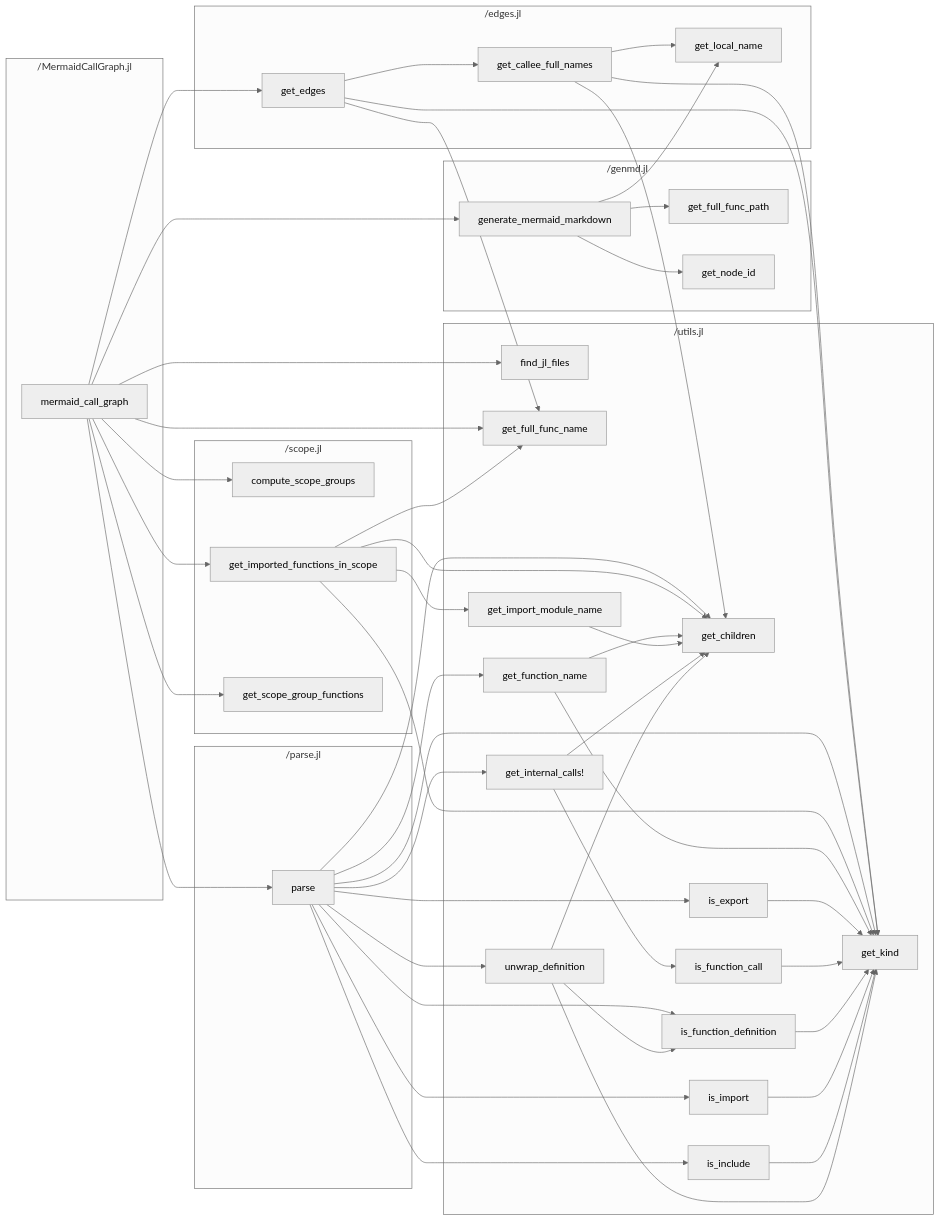
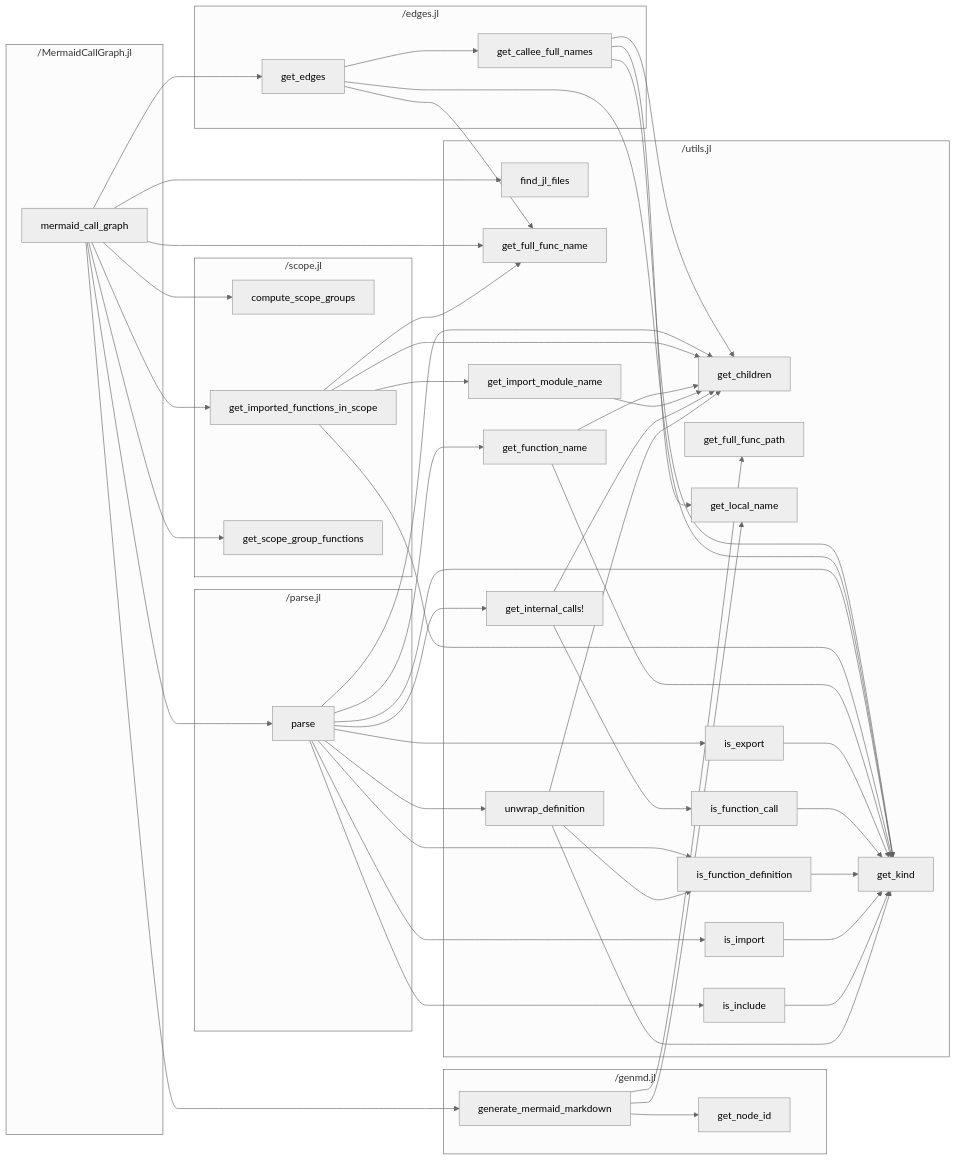
The diagram in README.md (t-garin/MermaidCallGraph.jl), drawn with Mermaid (neutral theme) before and after one commit. The commit also changed other lines of this file and 5 other files, not shown here.

````diff
--- a/README.md
+++ b/README.md
@@ -13,82 +13,82 @@
 ```mermaid
 flowchart LR
     subgraph "/MermaidCallGraph.jl"
         _MermaidCallGraph_jl_mermaid_call_graph["mermaid_call_graph"]
     end
     subgraph "/edges.jl"
         _edges_jl_get_callee_full_names["get_callee_full_names"]
         _edges_jl_get_edges["get_edges"]
-        _edges_jl_get_local_name["get_local_name"]
     end
     subgraph "/genmd.jl"
         _genmd_jl_generate_mermaid_markdown["generate_mermaid_markdown"]
-        _genmd_jl_get_full_func_path["get_full_func_path"]
         _genmd_jl_get_node_id["get_node_id"]
     end
     subgraph "/parse.jl"
         _parse_jl_parse["parse"]
     end
     subgraph "/scope.jl"
         _scope_jl_compute_scope_groups["compute_scope_groups"]
         _scope_jl_get_imported_functions_in_scope["get_imported_functions_in_scope"]
         _scope_jl_get_scope_group_functions["get_scope_group_functions"]
     end
     subgraph "/utils.jl"
         _utils_jl_find_jl_files["find_jl_files"]
         _utils_jl_get_children["get_children"]
         _utils_jl_get_full_func_name["get_full_func_name"]
+        _utils_jl_get_full_func_path["get_full_func_path"]
         _utils_jl_get_function_name["get_function_name"]
         _utils_jl_get_import_module_name["get_import_module_name"]
         _utils_jl_get_internal_calls_["get_internal_calls!"]
         _utils_jl_get_kind["get_kind"]
+        _utils_jl_get_local_name["get_local_name"]
         _utils_jl_is_export["is_export"]
         _utils_jl_is_function_call["is_function_call"]
         _utils_jl_is_function_definition["is_function_definition"]
         _utils_jl_is_import["is_import"]
         _utils_jl_is_include["is_include"]
         _utils_jl_unwrap_definition["unwrap_definition"]
     end
     _MermaidCallGraph_jl_mermaid_call_graph --> _edges_jl_get_edges
     _MermaidCallGraph_jl_mermaid_call_graph --> _genmd_jl_generate_mermaid_markdown
     _MermaidCallGraph_jl_mermaid_call_graph --> _parse_jl_parse
     _MermaidCallGraph_jl_mermaid_call_graph --> _scope_jl_compute_scope_groups
     _MermaidCallGraph_jl_mermaid_call_graph --> _scope_jl_get_imported_functions_in_scope
     _MermaidCallGraph_jl_mermaid_call_graph --> _scope_jl_get_scope_group_functions
     _MermaidCallGraph_jl_mermaid_call_graph --> _utils_jl_find_jl_files
     _MermaidCallGraph_jl_mermaid_call_graph --> _utils_jl_get_full_func_name
-    _edges_jl_get_callee_full_names --> _edges_jl_get_local_name
     _edges_jl_get_callee_full_names --> _utils_jl_get_children
     _edges_jl_get_callee_full_names --> _utils_jl_get_kind
+    _edges_jl_get_callee_full_names --> _utils_jl_get_local_name
     _edges_jl_get_edges --> _edges_jl_get_callee_full_names
     _edges_jl_get_edges --> _utils_jl_get_full_func_name
     _edges_jl_get_edges --> _utils_jl_get_kind
-    _genmd_jl_generate_mermaid_markdown --> _edges_jl_get_local_name
-    _genmd_jl_generate_mermaid_markdown --> _genmd_jl_get_full_func_path
     _genmd_jl_generate_mermaid_markdown --> _genmd_jl_get_node_id
+    _genmd_jl_generate_mermaid_markdown --> _utils_jl_get_full_func_path
+    _genmd_jl_generate_mermaid_markdown --> _utils_jl_get_local_name
     _parse_jl_parse --> _utils_jl_get_children
     _parse_jl_parse --> _utils_jl_get_function_name
     _parse_jl_parse --> _utils_jl_get_internal_calls_
     _parse_jl_parse --> _utils_jl_get_kind
     _parse_jl_parse --> _utils_jl_is_export
     _parse_jl_parse --> _utils_jl_is_function_definition
     _parse_jl_parse --> _utils_jl_is_import
     _parse_jl_parse --> _utils_jl_is_include
     _parse_jl_parse --> _utils_jl_unwrap_definition
     _scope_jl_get_imported_functions_in_scope --> _utils_jl_get_children
     _scope_jl_get_imported_functions_in_scope --> _utils_jl_get_full_func_name
     _scope_jl_get_imported_functions_in_scope --> _utils_jl_get_import_module_name
     _scope_jl_get_imported_functions_in_scope --> _utils_jl_get_kind
     _utils_jl_get_function_name --> _utils_jl_get_children
     _utils_jl_get_function_name --> _utils_jl_get_kind
     _utils_jl_get_import_module_name --> _utils_jl_get_children
     _utils_jl_get_internal_calls_ --> _utils_jl_get_children
     _utils_jl_get_internal_calls_ --> _utils_jl_is_function_call
     _utils_jl_is_export --> _utils_jl_get_kind
     _utils_jl_is_function_call --> _utils_jl_get_kind
     _utils_jl_is_function_definition --> _utils_jl_get_kind
     _utils_jl_is_import --> _utils_jl_get_kind
     _utils_jl_is_include --> _utils_jl_get_kind
     _utils_jl_unwrap_definition --> _utils_jl_get_children
     _utils_jl_unwrap_definition --> _utils_jl_get_kind
     _utils_jl_unwrap_definition --> _utils_jl_is_function_definition
 ```
````
